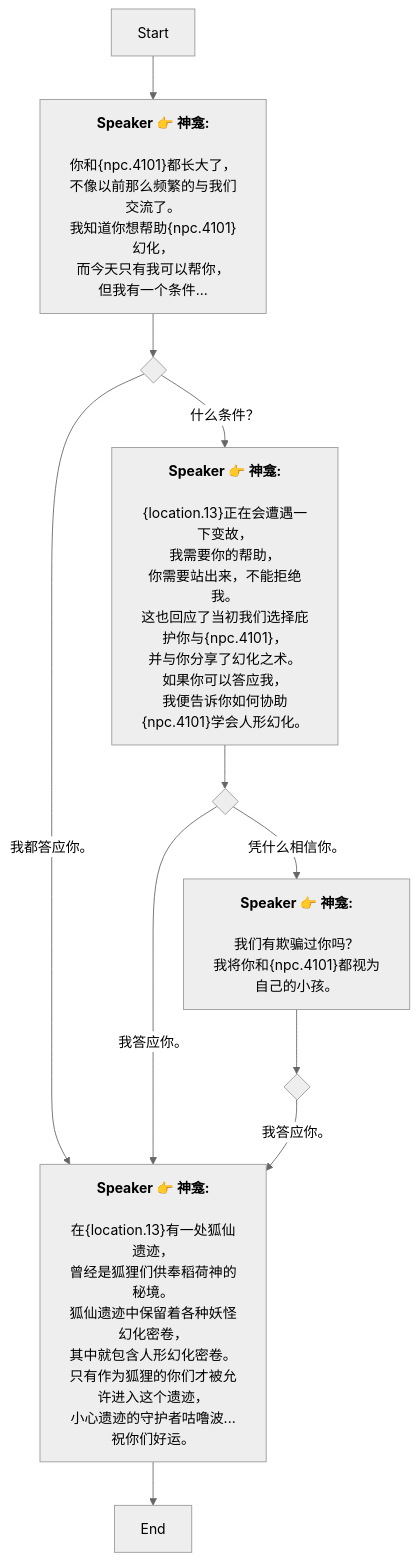
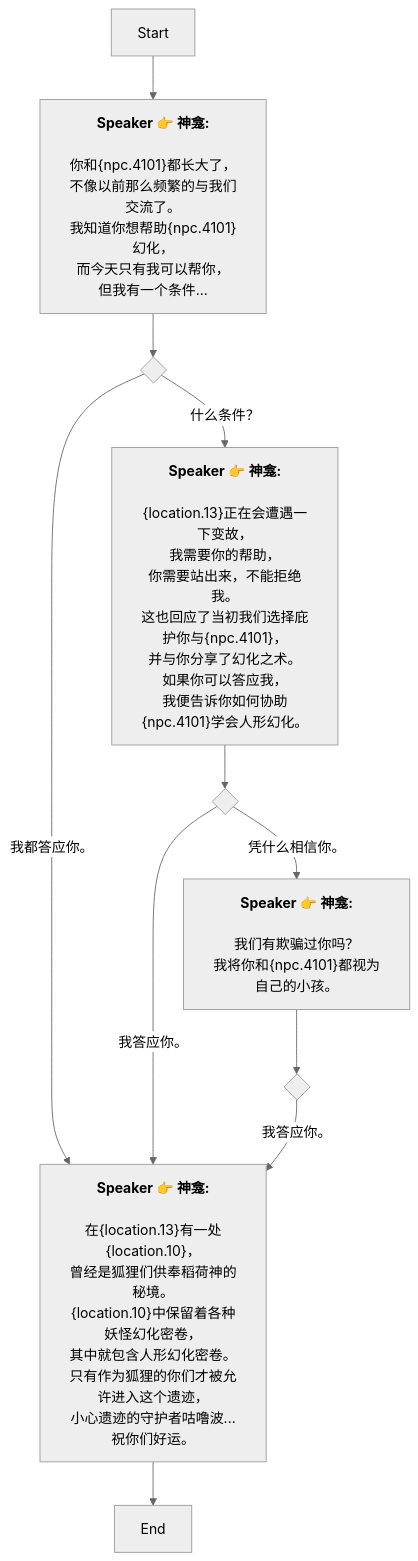
Before and after one commit to SoftHu/tos_avg: the diagram in Zh/QuestTalkObjectiveNode_1738550119098627.md, drawn with Mermaid (neutral theme). The commit also changed 199 other files, not shown here.

````diff
--- a/Zh/QuestTalkObjectiveNode_1738550119098627.md
+++ b/Zh/QuestTalkObjectiveNode_1738550119098627.md
@@ -1,55 +1,55 @@
 ```mermaid
 graph
 Start -->1738550145333510[<b>Speaker 👉 神龛:</b>
 
 你和&lbrace;npc.4101&rbrace;都长大了，
 不像以前那么频繁的与我们交流了。
 我知道你想帮助&lbrace;npc.4101&rbrace;幻化，
 而今天只有我可以帮你，
 但我有一个条件...]
 1738550145333510 -->1738550565798151{ }
 1738550565798151 -->|什么条件？|1738550618203404[<b>Speaker 👉 神龛:</b>
 
 &lbrace;location.13&rbrace;正在会遭遇一下变故，
 我需要你的帮助，
 你需要站出来，不能拒绝我。
 这也回应了当初我们选择庇护你与&lbrace;npc.4101&rbrace;，
 并与你分享了幻化之术。
 如果你可以答应我，
 我便告诉你如何协助&lbrace;npc.4101&rbrace;学会人形幻化。]
 1738550565798151 -->|我都答应你。|1738550822708499[<b>Speaker 👉 神龛:</b>
 
-在&lbrace;location.13&rbrace;有一处狐仙遗迹，
+在&lbrace;location.13&rbrace;有一处&lbrace;location.10&rbrace;，
 曾经是狐狸们供奉稻荷神的秘境。
-狐仙遗迹中保留着各种妖怪幻化密卷，
+&lbrace;location.10&rbrace;中保留着各种妖怪幻化密卷，
 其中就包含人形幻化密卷。
 只有作为狐狸的你们才被允许进入这个遗迹，
 小心遗迹的守护者咕噜波...
 祝你们好运。]
 1738550618203404 -->1738550730254605{ }
 1738550730254605 -->|凭什么相信你。|1738550764796178[<b>Speaker 👉 神龛:</b>
 
 我们有欺骗过你吗？
 我将你和&lbrace;npc.4101&rbrace;都视为自己的小孩。]
 1738550730254605 -->|我答应你。|1738550822708499[<b>Speaker 👉 神龛:</b>
 
-在&lbrace;location.13&rbrace;有一处狐仙遗迹，
+在&lbrace;location.13&rbrace;有一处&lbrace;location.10&rbrace;，
 曾经是狐狸们供奉稻荷神的秘境。
-狐仙遗迹中保留着各种妖怪幻化密卷，
+&lbrace;location.10&rbrace;中保留着各种妖怪幻化密卷，
 其中就包含人形幻化密卷。
 只有作为狐狸的你们才被允许进入这个遗迹，
 小心遗迹的守护者咕噜波...
 祝你们好运。]
 1738550764796178 -->1738550844145941{ }
 1738550844145941 -->|我答应你。|1738550822708499[<b>Speaker 👉 神龛:</b>
 
-在&lbrace;location.13&rbrace;有一处狐仙遗迹，
+在&lbrace;location.13&rbrace;有一处&lbrace;location.10&rbrace;，
 曾经是狐狸们供奉稻荷神的秘境。
-狐仙遗迹中保留着各种妖怪幻化密卷，
+&lbrace;location.10&rbrace;中保留着各种妖怪幻化密卷，
 其中就包含人形幻化密卷。
 只有作为狐狸的你们才被允许进入这个遗迹，
 小心遗迹的守护者咕噜波...
 祝你们好运。]
 1738550822708499 -->1738550989306136[End]
 
  ```
````
